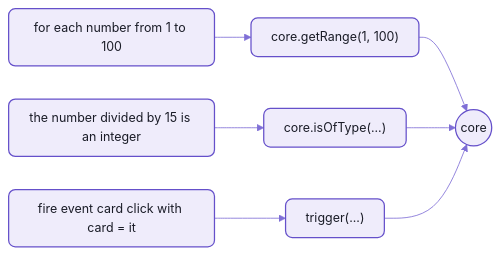
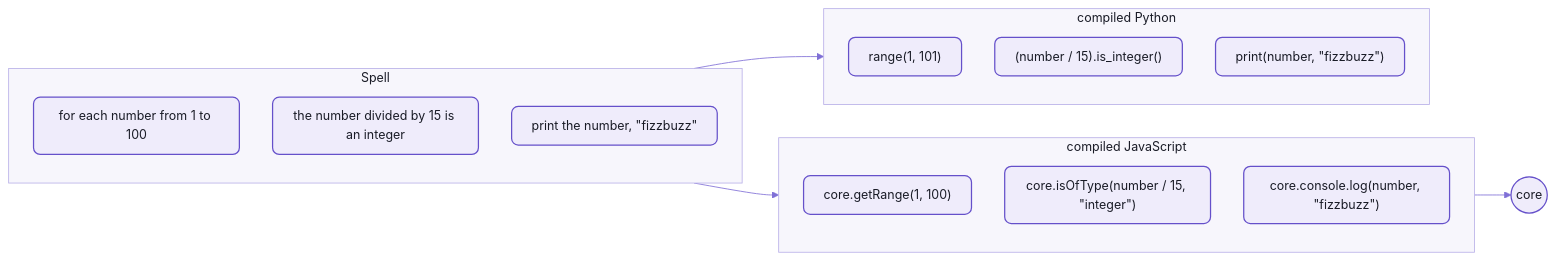
The first of 2 diagrams in parser/README-core.md (spell-app/spell), drawn with Mermaid before and after one commit. The commit also changed other lines of this file and 7 other files, not shown here.

````diff
--- a/parser/README-core.md
+++ b/parser/README-core.md
@@ -19,12 +89,27 @@
 ```mermaid
 %%{init: {"theme":"base","themeVariables":{"fontFamily":"-apple-system, BlinkMacSystemFont, Segoe UI, Helvetica, Arial, sans-serif","fontSize":"15px","primaryColor":"#EFECFB","primaryBorderColor":"#6550CA","primaryTextColor":"#1A1C27","secondaryColor":"#F4F1E9","tertiaryColor":"#F7F6FC","lineColor":"#7F6FD6","textColor":"#7F6FD6","clusterBkg":"#F7F6FC","clusterBorder":"#B9B0E8","titleColor":"#1A1C27","edgeLabelBackground":"#F7F6FC","actorBkg":"#EFECFB","actorBorder":"#6550CA","actorTextColor":"#1A1C27","actorLineColor":"#9C90DE","signalColor":"#7F6FD6","signalTextColor":"#7F6FD6","labelBoxBkgColor":"#EFECFB","labelBoxBorderColor":"#6550CA","labelTextColor":"#1A1C27","loopTextColor":"#7F6FD6","noteBkgColor":"#F1E7D4","noteBorderColor":"#C9B48A","noteTextColor":"#1A1C27","activationBkgColor":"#DCD6F7","activationBorderColor":"#6550CA","sequenceNumberColor":"#FFFFFF"},"flowchart":{"curve":"basis","padding":12,"nodeSpacing":40,"rankSpacing":44}}}%%
 flowchart LR
-  a["for each number from 1 to 100"] --> ra["core.getRange(1, 100)"]
-  b["the number divided by 15 is an integer"] --> rb["core.isOfType(...)"]
-  c["fire event card click with card = it"] --> rc["trigger(...)"]
-  ra --> core((core))
-  rb --> core
-  rc --> core
+  subgraph spell ["Spell"]
+    direction TB
+    s1["for each number from 1 to 100"]
+    s2["the number divided by 15 is an integer"]
+    s3["print the number, #quot;fizzbuzz#quot;"]
+  end
+  subgraph js ["compiled JavaScript"]
+    direction TB
+    j1["core.getRange(1, 100)"]
+    j2["core.isOfType(number / 15, #quot;integer#quot;)"]
+    j3["core.console.log(number, #quot;fizzbuzz#quot;)"]
+  end
+  subgraph py ["compiled Python"]
+    direction TB
+    p1["range(1, 101)"]
+    p2["(number / 15).is_integer()"]
+    p3["print(number, #quot;fizzbuzz#quot;)"]
+  end
+  spell --> js
+  spell --> py
+  js --> core(("core"))
   %% the Spell look:  yarn mermaid:pretty
   classDef default fill:#EFECFB,stroke:#6550CA,stroke-width:1.5px,color:#1A1C27,rx:8px,ry:8px
 ```
````
